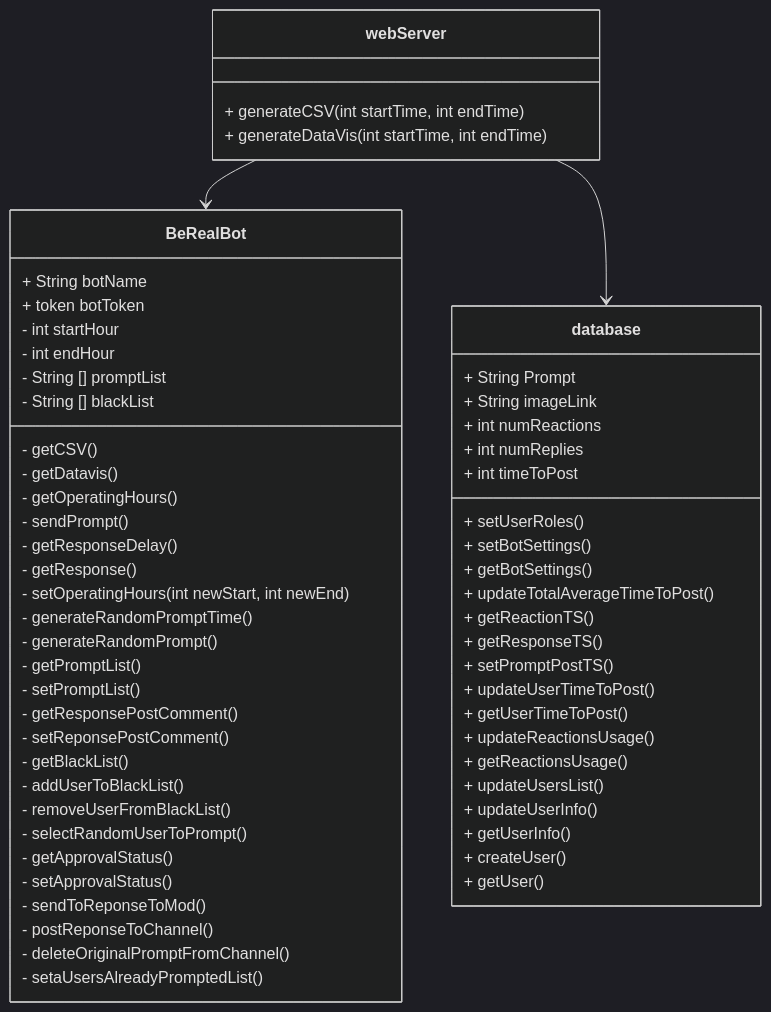
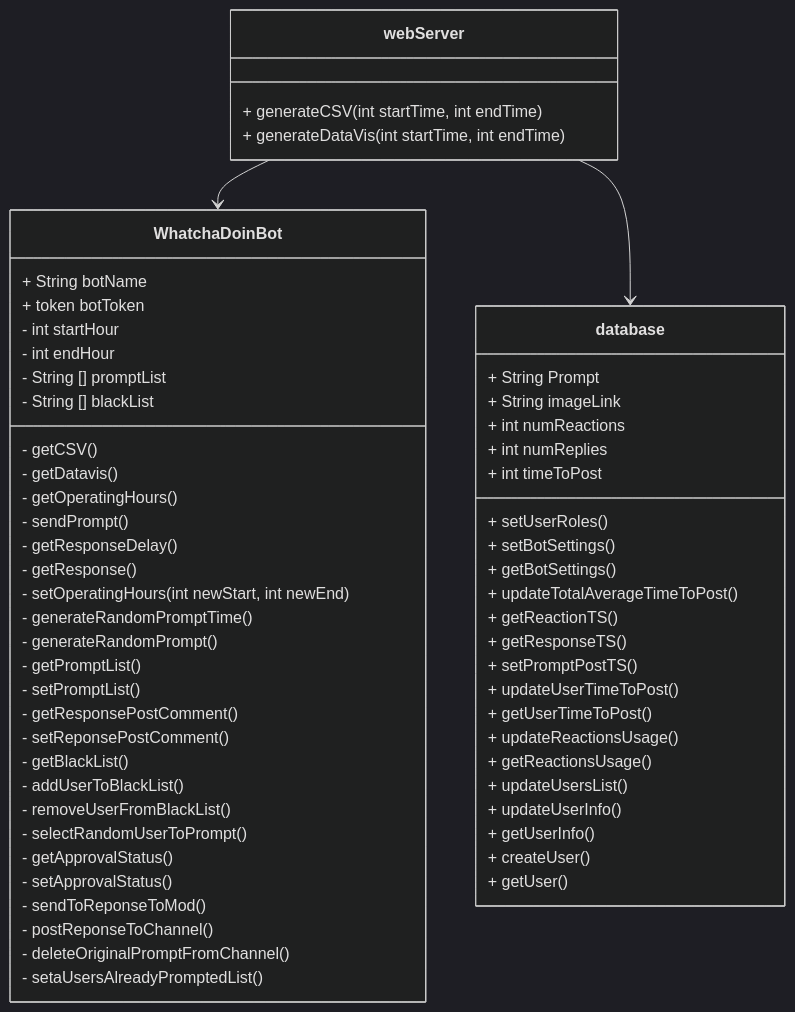
One commit to Capstone-Projects-2023-Fall/project-bereal-meets-slack changed the first of 11 diagrams in documentation/docs/system-architecture/design.md. Above: the diagram before and after it, drawn with Mermaid (dark theme). The commit also changed other lines of this file, not shown here.

````diff
--- a/documentation/docs/system-architecture/design.md
+++ b/documentation/docs/system-architecture/design.md
@@ -25,64 +25,64 @@
 ```mermaid
 classDiagram
-webServer --> BeRealBot
+webServer --> WhatchaDoinBot
 webServer --> database
 class webServer{
   + generateCSV(int startTime, int endTime)
   + generateDataVis(int startTime, int endTime)
 }
-class BeRealBot{
+class WhatchaDoinBot{
   + String botName
   + token botToken
   - int startHour
   - int endHour
   - String [] promptList
   - String [] blackList
   - getCSV()
   - getDatavis()
   - getOperatingHours()
   - sendPrompt()
   - getResponseDelay()
   - getResponse()
   - setOperatingHours(int newStart, int newEnd)
   - generateRandomPromptTime()
   - generateRandomPrompt()
   - getPromptList()
   - setPromptList()
   - getResponsePostComment()
   - setReponsePostComment()
   - getBlackList()
   - addUserToBlackList()
   - removeUserFromBlackList()
   - selectRandomUserToPrompt()
   - getApprovalStatus()
   - setApprovalStatus()
   - sendToReponseToMod()
   - postReponseToChannel()
   - deleteOriginalPromptFromChannel()
   - setaUsersAlreadyPromptedList()
 }
 class database{
   + String Prompt
   + String imageLink
   + int numReactions
   + int numReplies
   + int timeToPost 
   + setUserRoles()
   + setBotSettings()
   + getBotSettings()
   + updateTotalAverageTimeToPost()
   + getReactionTS()
   + getResponseTS()
   + setPromptPostTS()
   + updateUserTimeToPost()
   + getUserTimeToPost()
   + updateReactionsUsage()
   + getReactionsUsage()
   + updateUsersList()
   + updateUserInfo()
   + getUserInfo()
   + createUser()
   + getUser()
 
 }
 ```
````
